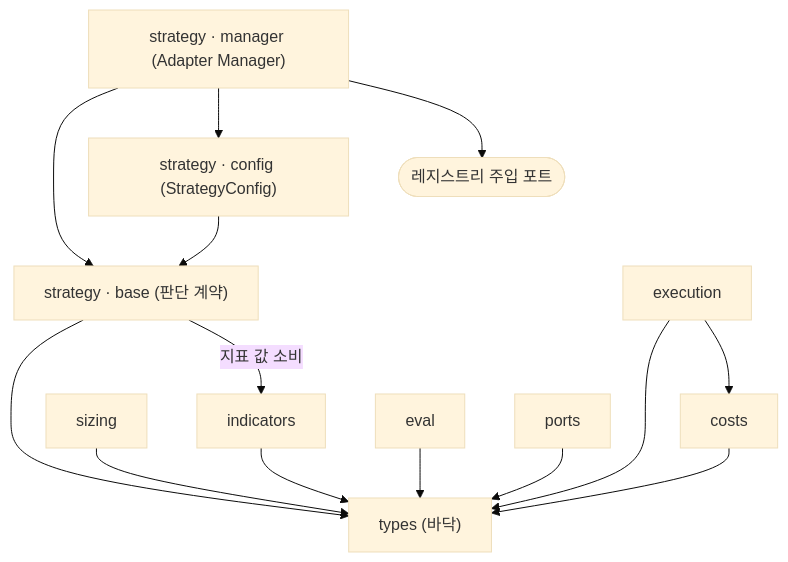
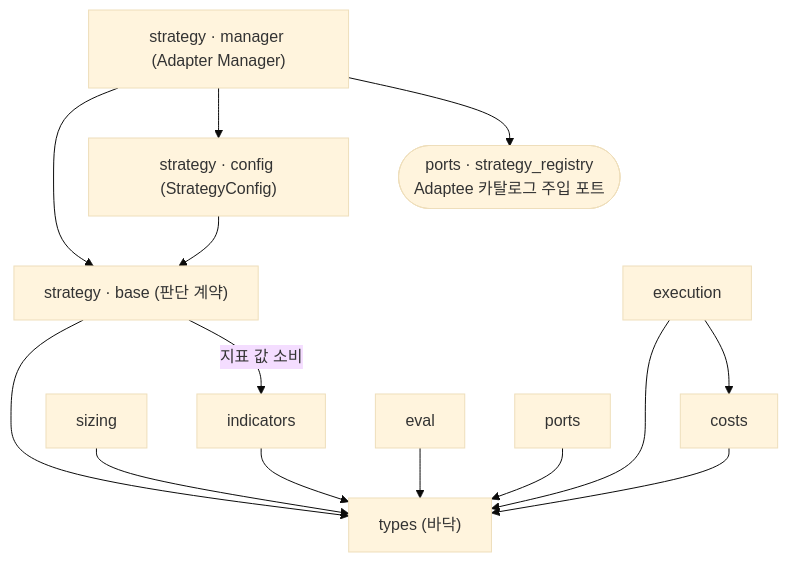
One commit to vessel35/trading-system-v2 changed the second of 2 diagrams in docs/fullspec/backtest_v2_detailed_design.md. Above: the diagram before and after it, drawn with Mermaid (base theme). The commit also changed other lines of this file, not shown here.

````diff
--- a/docs/fullspec/backtest_v2_detailed_design.md
+++ b/docs/fullspec/backtest_v2_detailed_design.md
@@ -277,28 +299,28 @@
 ```mermaid
 flowchart TD
     TYPES["types (바닥)"]
     IND["indicators"]
     SIZ["sizing"]
     CST["costs"]
     EVAL["eval"]
     PORT["ports"]
     STRAT["strategy · base (판단 계약)"]
     EXE["execution"]
     MGR["strategy · manager (Adapter Manager)"]
     CFG["strategy · config (StrategyConfig)"]
-    REG(["레지스트리 주입 포트"])
+    REG(["ports · strategy_registry<br/>Adaptee 카탈로그 주입 포트"])
 
     IND --> TYPES
     SIZ --> TYPES
     CST --> TYPES
     EVAL --> TYPES
     PORT --> TYPES
     STRAT --> TYPES
     STRAT -->|지표 값 소비| IND
     EXE --> TYPES
     EXE --> CST
     MGR --> STRAT
     MGR --> CFG
     MGR --> REG
     CFG --> STRAT
 ```
````
